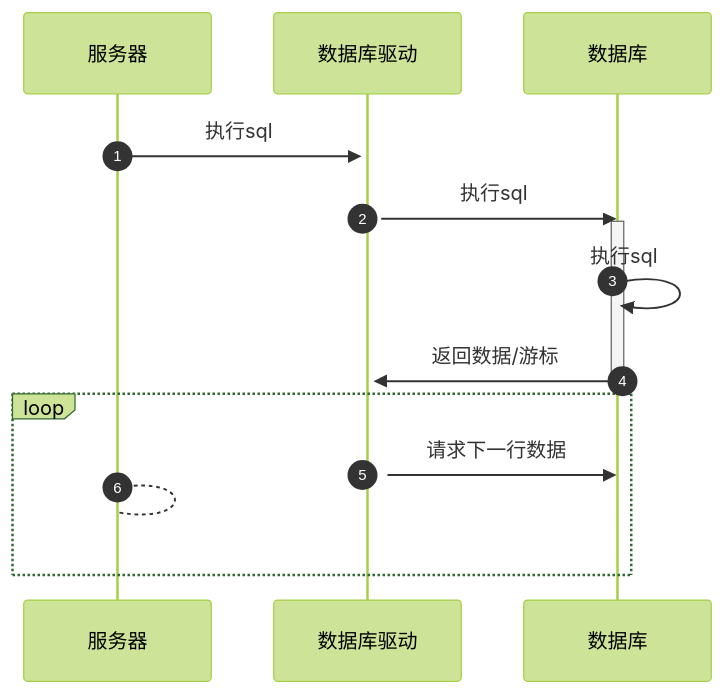
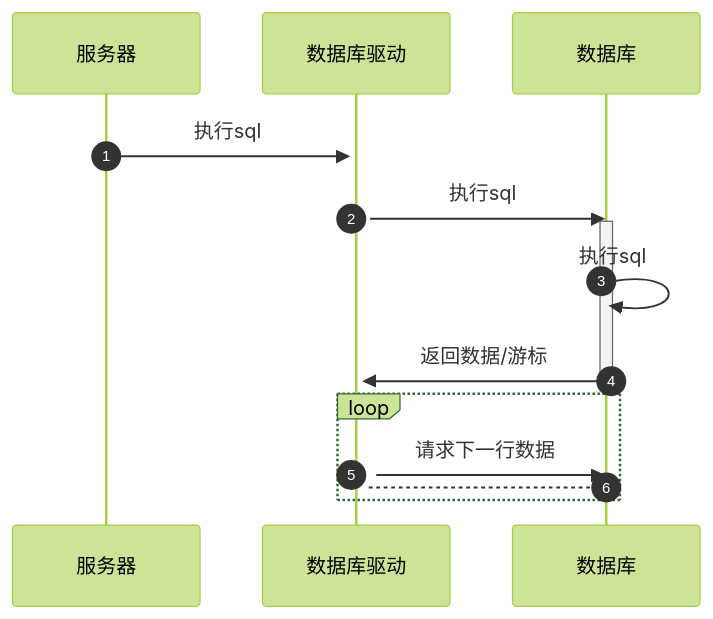
One commit to HY-10-8/iodraw-files changed the diagram in all/AI-服务查询数据.md. Above: the diagram before and after it, drawn with Mermaid (forest theme).

Commit message:
2025-11-27 17:40:48 update

````diff
--- a/all/AI-服务查询数据.md
+++ b/all/AI-服务查询数据.md
@@ -1,16 +1,16 @@
 ```mermaid
 sequenceDiagram
     autonumber
     服务器->>+数据库驱动: 执行sql
     数据库驱动->>数据库:执行sql
 
     activate 数据库
     数据库->>数据库: 执行sql
     数据库->>+数据库驱动: 返回数据/游标
     deactivate 数据库
 
     loop 
         数据库驱动->>数据库: 请求下一行数据
-        服务器-->服务器: 
+        数据库-->数据库驱动: 
     end
 ```
````
